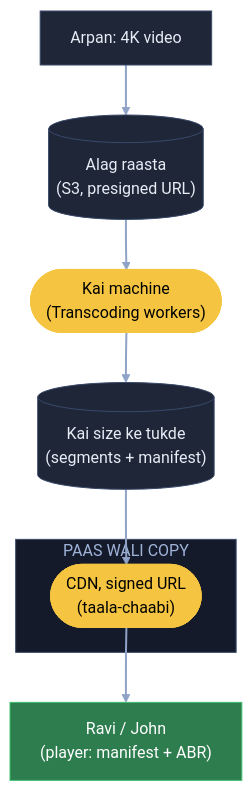
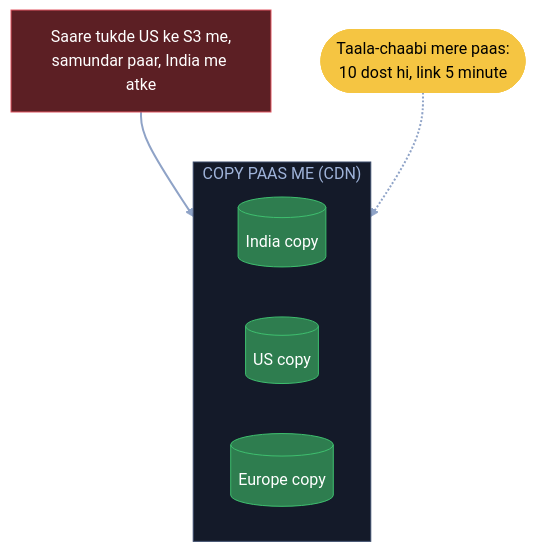
Diagram 15 of 15 in 04_HLD/SYSTEM_DESIGNS/03_twitter_feed/03_twitter_feed.md (ArpanMaheshwari144/Prep), drawn with Mermaid (base theme) before and after one commit. The commit also changed other lines of this file, not shown here.

Commit message:
Twitter: 15 diagram hand notes ke shabdon se, K1 heading + K9 line notes jaisi

````diff
--- a/04_HLD/SYSTEM_DESIGNS/03_twitter_feed/03_twitter_feed.md
+++ b/04_HLD/SYSTEM_DESIGNS/03_twitter_feed/03_twitter_feed.md
@@ -503,22 +490,18 @@
 ```mermaid
 flowchart TB
-    A["Arpan: 4K video"]:::card
-    S3[("Alag raasta<br/>(S3, presigned URL)")]:::card
-    W(["Kai machine<br/>(Transcoding workers)"]):::pill
-    T[("Kai size ke tukde<br/>(segments + manifest)")]:::card
-    subgraph PS["PAAS WALI COPY"]
-        CDN(["CDN, signed URL<br/>(taala-chaabi)"]):::pill
+    X["Saare tukde US ke S3 me,<br/>samundar paar, India me atke"]:::bad
+    subgraph CP["COPY PAAS ME (CDN)"]
+        I[("India copy")]:::good
+        U[("US copy")]:::good
+        E[("Europe copy")]:::good
     end
-    R["Ravi / John<br/>(player: manifest + ABR)"]:::good
-    A --> S3
-    S3 --> W
-    W --> T
-    T --> CDN
-    CDN --> R
+    T(["Taala-chaabi mere paas:<br/>10 dost hi, link 5 minute"]):::pill
+    X --> CP
+    T -.-> CP
     linkStyle default stroke:#8fa3c7,stroke-width:2px
     classDef card fill:#1e2638,stroke:#3a4a6b,color:#e8ecf5
     classDef pill fill:#f5c542,stroke:#f5c542,color:#000
     classDef good fill:#2e7d4f,stroke:#3fbf6f,color:#fff
     classDef bad fill:#5c1f24,stroke:#e05561,color:#fff
-    style PS fill:#141a29,stroke:#3a4a6b,color:#9fb3d9
+    style CP fill:#141a29,stroke:#3a4a6b,color:#9fb3d9
 ```
````
